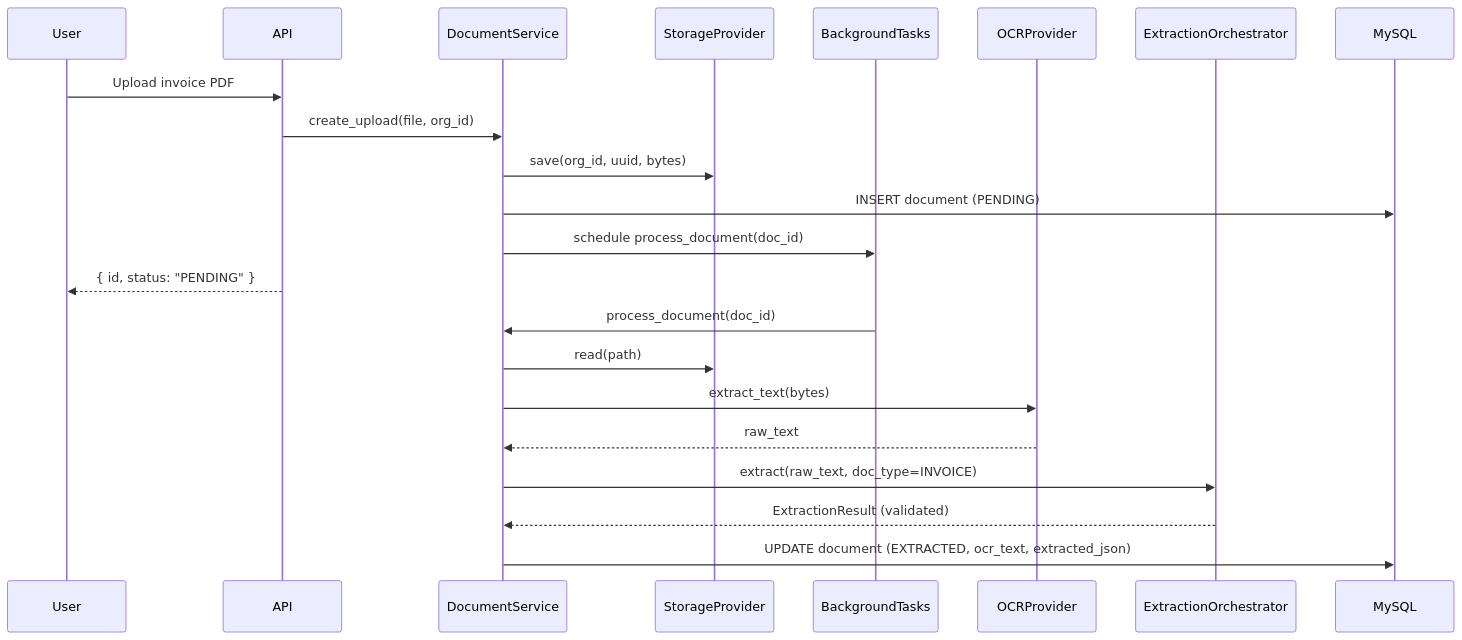
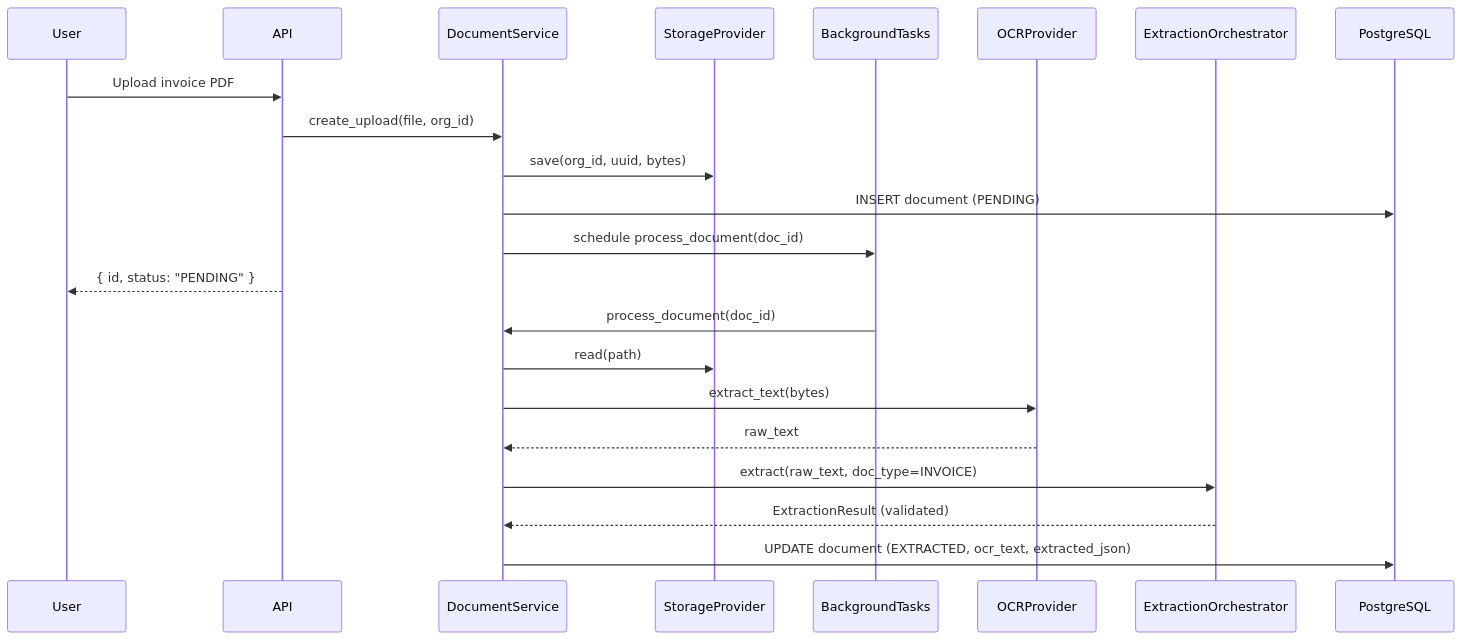
The seventh of 21 diagrams in docs/PHASE_2_SYSTEM_DESIGN.md (abhishekraaut/FAST-API), drawn with Mermaid before and after one commit. The commit also changed other lines of this file and 11 other files, not shown here.

````diff
--- a/docs/PHASE_2_SYSTEM_DESIGN.md
+++ b/docs/PHASE_2_SYSTEM_DESIGN.md
@@ -458,26 +458,26 @@
 ```mermaid
 sequenceDiagram
     participant User
     participant API
     participant DocSvc as DocumentService
     participant Storage as StorageProvider
     participant BG as BackgroundTasks
     participant OCR as OCRProvider
     participant AI as ExtractionOrchestrator
-    participant DB as MySQL
+    participant DB as PostgreSQL
 
     User->>API: Upload invoice PDF
     API->>DocSvc: create_upload(file, org_id)
     DocSvc->>Storage: save(org_id, uuid, bytes)
     DocSvc->>DB: INSERT document (PENDING)
     DocSvc->>BG: schedule process_document(doc_id)
     API-->>User: { id, status: "PENDING" }
 
     BG->>DocSvc: process_document(doc_id)
     DocSvc->>Storage: read(path)
     DocSvc->>OCR: extract_text(bytes)
     OCR-->>DocSvc: raw_text
     DocSvc->>AI: extract(raw_text, doc_type=INVOICE)
     AI-->>DocSvc: ExtractionResult (validated)
     DocSvc->>DB: UPDATE document (EXTRACTED, ocr_text, extracted_json)
 ```
````
